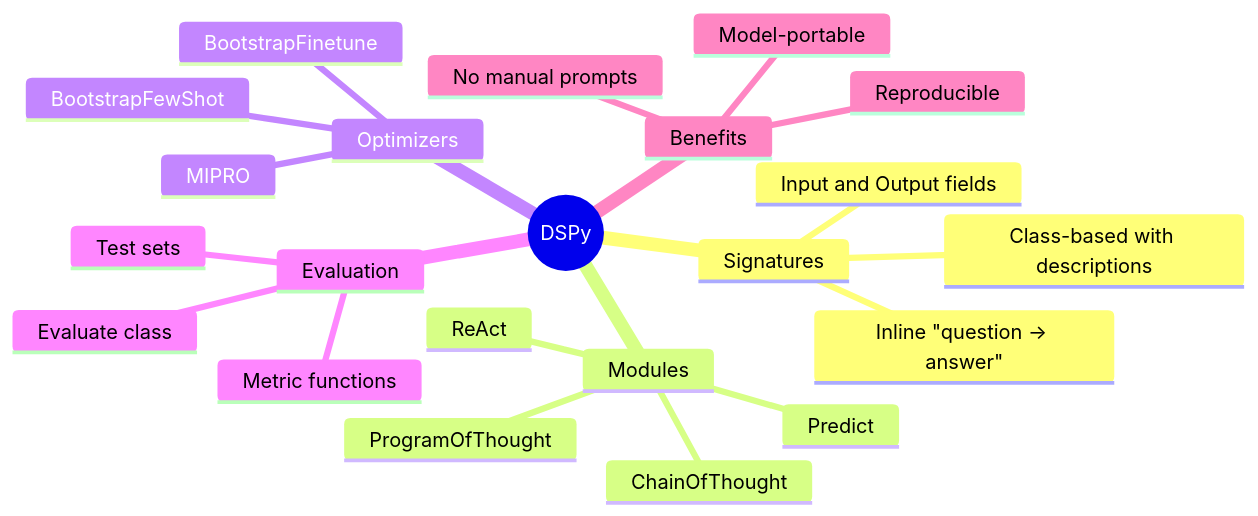
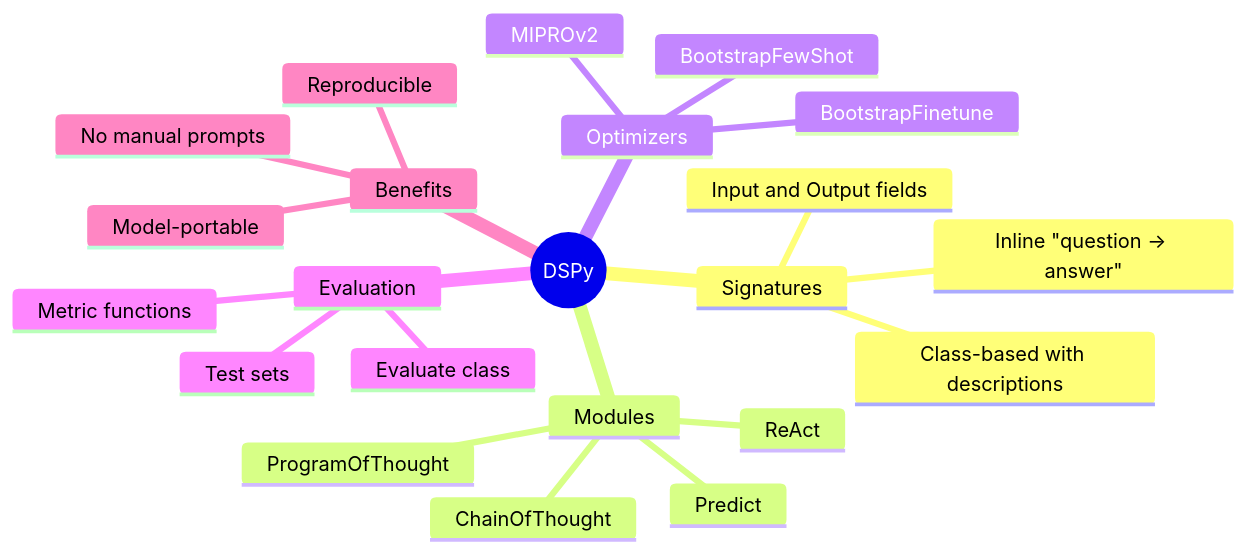
Before and after one commit to akshkr/akashnotes: the fifth of 5 diagrams in Phase_1_LLM_Foundations/Day_017_dspy/dspy.md, drawn with Mermaid. The commit also changed other lines of this file and 95 other files, not shown here.

````diff
--- a/Phase_1_LLM_Foundations/Day_017_dspy/dspy.md
+++ b/Phase_1_LLM_Foundations/Day_017_dspy/dspy.md
@@ -349,25 +360,25 @@
 ```mermaid
 mindmap
   root((DSPy))
     Signatures
       Inline "question -> answer"
       Class-based with descriptions
       Input and Output fields
     Modules
       Predict
       ChainOfThought
       ReAct
       ProgramOfThought
     Optimizers
       BootstrapFewShot
-      MIPRO
+      MIPROv2
       BootstrapFinetune
     Evaluation
       Metric functions
       Test sets
       Evaluate class
     Benefits
       No manual prompts
       Model-portable
       Reproducible
 ```
````
